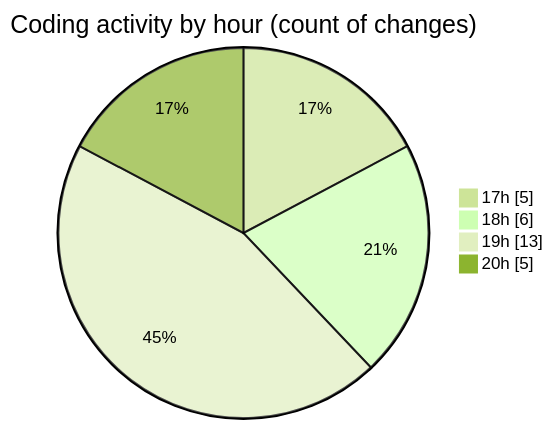
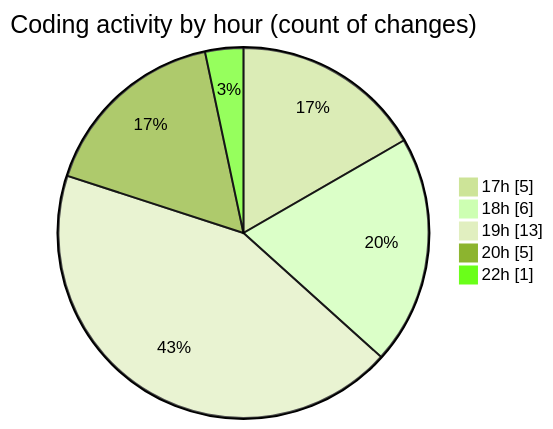
One commit to tmsrecording-cyber/code-tracking changed the second of 2 diagrams in 2026-02-01/singularitybrainai/README.md. Above: the diagram before and after it, drawn with Mermaid (forest theme). The commit also changed other lines of this file and 1 other file, not shown here.

````diff
--- a/2026-02-01/singularitybrainai/README.md
+++ b/2026-02-01/singularitybrainai/README.md
@@ -34,8 +34,9 @@
 ```mermaid
 pie showData
 title Coding activity by hour (count of changes)
 "17h" : 5
 "18h" : 6
 "19h" : 13
 "20h" : 5
+"22h" : 1
 ```
````
